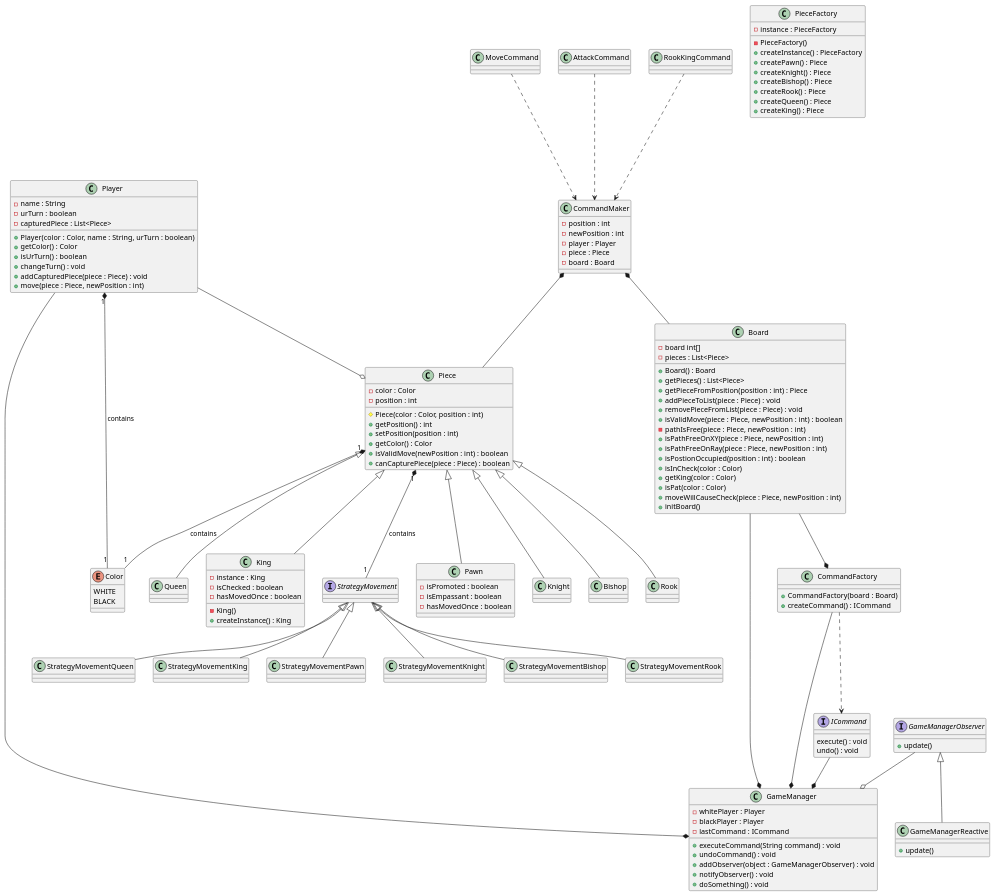
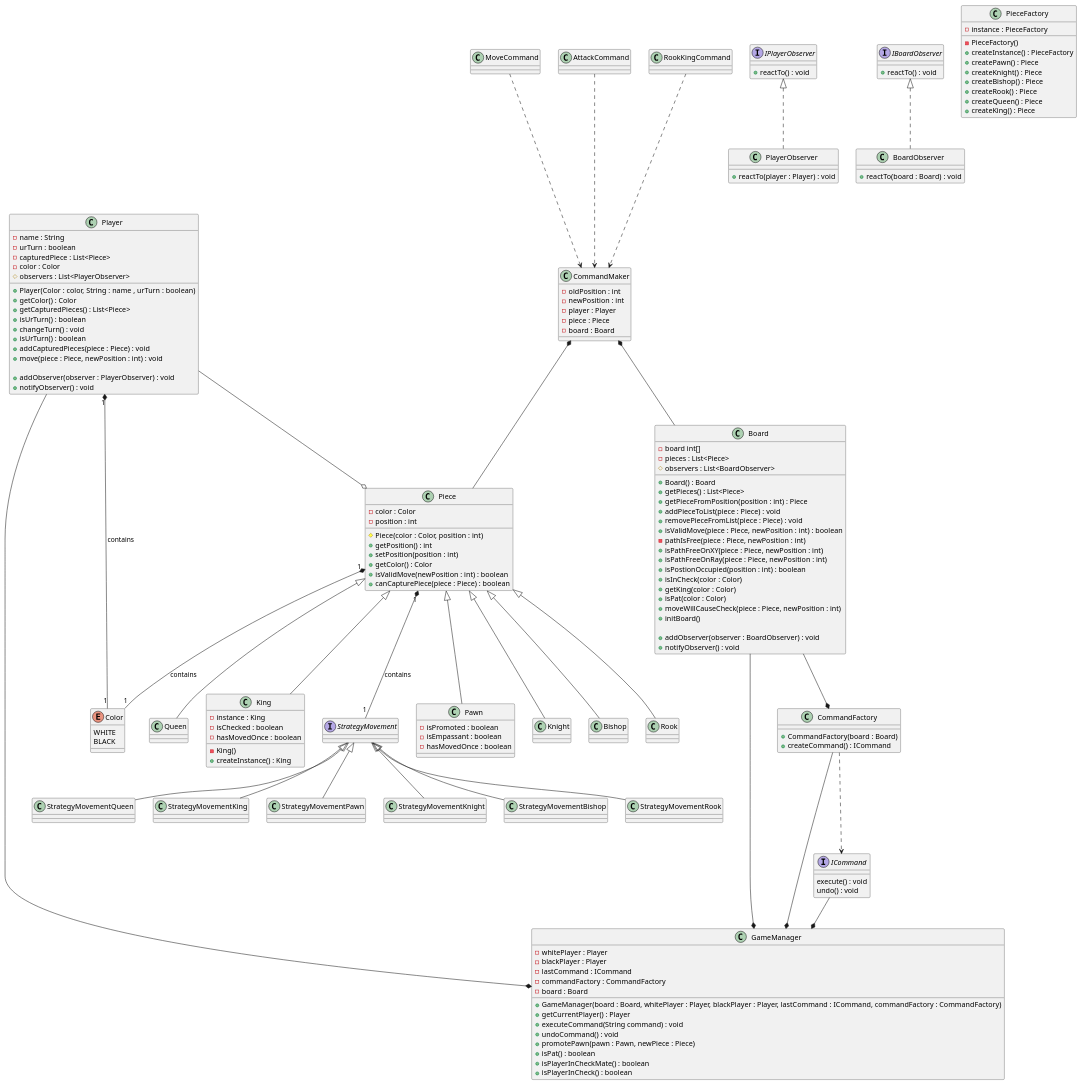
The diagram in uml/chess.puml (BerBie0/chessgame), drawn with PlantUML before and after one commit. The commit also changed 1 other file, not shown here.

Commit message:
uml : observer

```diff
--- a/uml/chess.puml
+++ b/uml/chess.puml
@@ -1,158 +1,193 @@
 @startuml
 'https://plantuml.com/class-diagram
 
 class Pawn extends Piece
 class Knight extends Piece
 class Bishop extends Piece
 class Rook extends Piece
 class Queen extends Piece
 class King extends Piece
 interface StrategyMovement
 
+
+
+interface IPlayerObserver
+{
+    +reactTo() : void
+}
+
+interface IBoardObserver
+{
+    +reactTo() : void
+}
+class BoardObserver implements IBoardObserver
+{
+    +reactTo(board : Board) : void
+}
+class PlayerObserver implements IPlayerObserver
+{
+    +reactTo(player : Player) : void
+}
+
+
 enum Color {
     WHITE
     BLACK
 }
 
 class Board {
     -board int[]
     -pieces : List<Piece>
+    #observers : List<BoardObserver>
+
     +Board() : Board
     +getPieces() : List<Piece>
     +getPieceFromPosition(position : int) : Piece
     +addPieceToList(piece : Piece) : void
     +removePieceFromList(piece : Piece) : void
     +isValidMove(piece : Piece, newPosition : int) : boolean
     -pathIsFree(piece : Piece, newPosition : int)
     +isPathFreeOnXY(piece : Piece, newPosition : int)
     +isPathFreeOnRay(piece : Piece, newPosition : int)
     +isPostionOccupied(position : int) : boolean
     +isInCheck(color : Color)
     +getKing(color : Color)
     +isPat(color : Color)
     +moveWillCauseCheck(piece : Piece, newPosition : int)
     +initBoard()
+
+    +addObserver(observer : BoardObserver) : void
+    +notifyObserver() : void
 }
+
 class Player {
     -name : String
     -urTurn : boolean
     -capturedPiece : List<Piece>
-    +Player(color : Color, name : String, urTurn : boolean)
+    -color : Color
+    #observers : List<PlayerObserver>
+
+    +Player(Color : color, String : name , urTurn : boolean)
     +getColor() : Color
+    +getCapturedPieces() : List<Piece>
     +isUrTurn() : boolean
     +changeTurn() : void
-    +addCapturedPiece(piece : Piece) : void
-    +move(piece : Piece, newPosition : int)
+    +isUrTurn() : boolean
+    +addCapturedPieces(piece : Piece) : void
+    +move(piece : Piece, newPosition : int) : void
+
+    +addObserver(observer : PlayerObserver) : void
+    +notifyObserver() : void
 }
 
 class GameManager{
     -whitePlayer : Player
     -blackPlayer : Player
     -lastCommand : ICommand
+    -commandFactory : CommandFactory
+    -board : Board
+
+    +GameManager(board : Board, whitePlayer : Player, blackPlayer : Player, lastCommand : ICommand, commandFactory : CommandFactory)
+    +getCurrentPlayer() : Player
     +executeCommand(String command) : void
     +undoCommand() : void
-    +addObserver(object : GameManagerObserver) : void
-    +notifyObserver() : void
-    +doSomething() : void
+    +promotePawn(pawn : Pawn, newPiece : Piece)
+    +isPat() : boolean
+    +isPlayerInCheckMate() : boolean
+    +isPlayerInCheck() : boolean
 }
 
-interface GameManagerObserver{
-    +update()
-}
-class GameManagerReactive extends GameManagerObserver{
-    + update()
-}
 
 
 class CommandFactory {
     +CommandFactory(board : Board)
     +createCommand() : ICommand
 }
 
 interface ICommand{
     execute() : void
     undo() : void
 }
 
 class CommandMaker {
-    -position : int
+    -oldPosition : int
     -newPosition : int
     -player : Player
     -piece : Piece
     -board : Board
 }
 
 class MoveCommand {
 }
 class AttackCommand {
 }
 class RookKingCommand {
 }
 
 class PieceFactory {
     -instance : PieceFactory
+
     -PieceFactory()
     +createInstance() : PieceFactory
     +createPawn() : Piece
     +createKnight() : Piece
     +createBishop() : Piece
     +createRook() : Piece
     +createQueen() : Piece
     +createKing() : Piece
 }
 class Piece {
     -color : Color
     -position : int
     #Piece(color : Color, position : int)
     +getPosition() : int
     +setPosition(position : int)
     +getColor() : Color
     +isValidMove(newPosition : int) : boolean
     +canCapturePiece(piece : Piece) : boolean
 }
 class Pawn {
     -isPromoted : boolean
     -isEmpassant : boolean
     -hasMovedOnce : boolean
 }
 class King {
     -instance : King
     -isChecked : boolean
     -hasMovedOnce : boolean
     -King()
     +createInstance() : King
 }
 class Queen {
 }
 class Knight {
 }
 class Bishop {
 }
 class Rook {
 }
 
 Piece "1" *-- "1" StrategyMovement : contains
 Piece "1" *-- "1" Color : contains
 Player "1" *-- "1" Color : contains
 
 StrategyMovement <|-- StrategyMovementPawn
 StrategyMovement <|-- StrategyMovementKnight
 StrategyMovement <|-- StrategyMovementBishop
 StrategyMovement <|-- StrategyMovementRook
 StrategyMovement <|-- StrategyMovementQueen
 StrategyMovement <|-- StrategyMovementKing
 Player --o Piece
 Board --* CommandFactory
 CommandFactory --[dashed]-> ICommand
 ICommand --* GameManager
 CommandFactory --* GameManager
 Board --* GameManager
-GameManagerObserver --o GameManager
 Player --* GameManager
 CommandMaker *-- Board
 CommandMaker *-- Piece
 AttackCommand --[dashed]-> CommandMaker
 MoveCommand --[dashed]-> CommandMaker
 RookKingCommand --[dashed]-> CommandMaker
 
 @enduml
```
